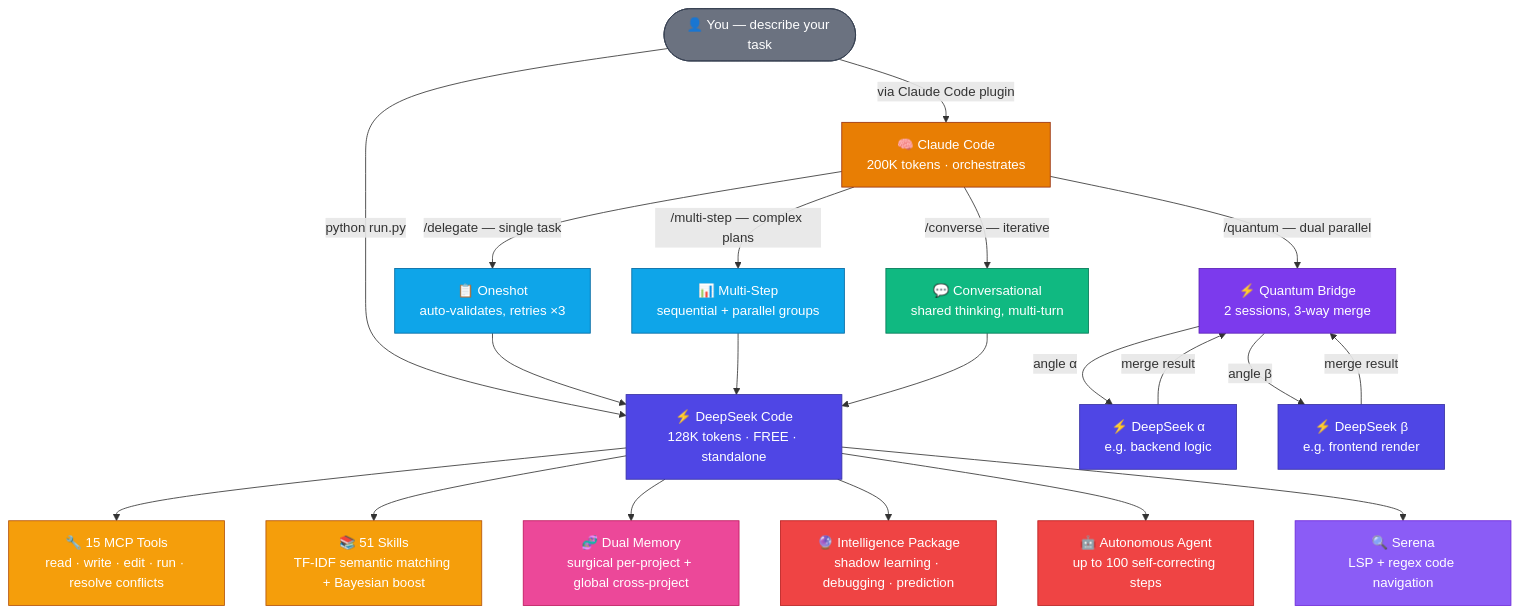
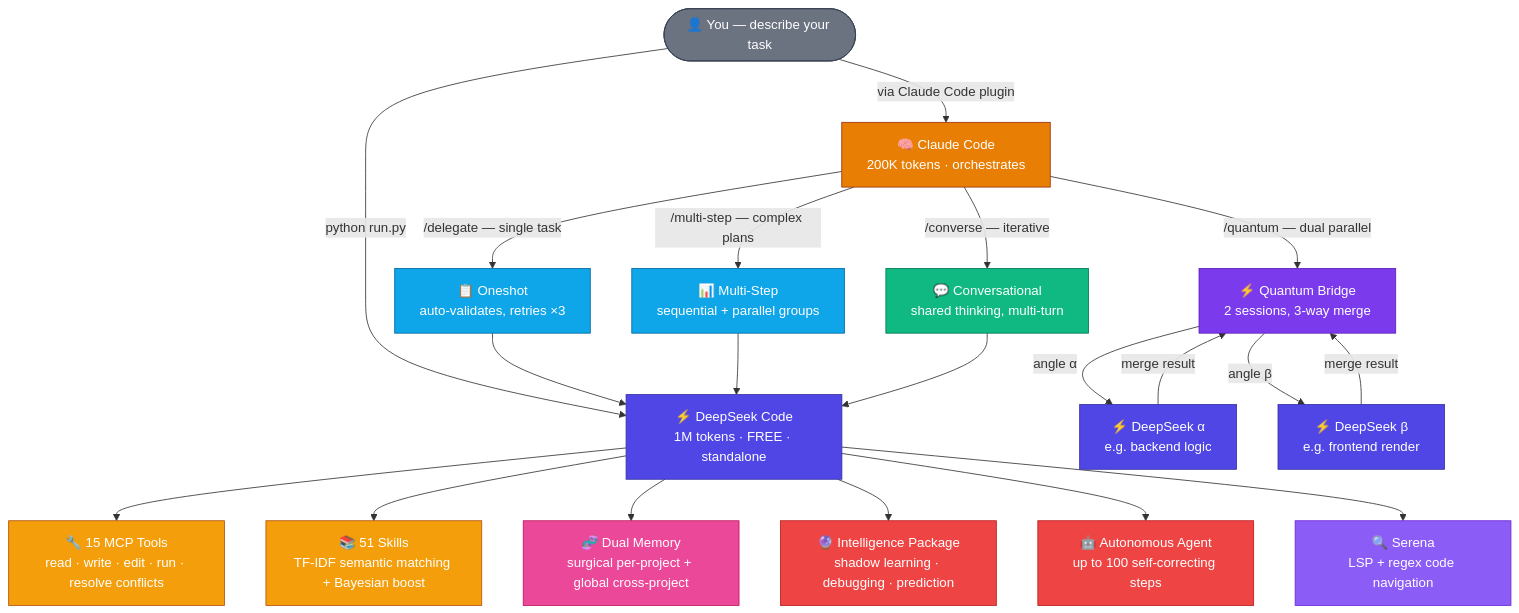
Before and after one commit to Galidar/DeepSeekCode: the second of 6 diagrams in README.md, drawn with Mermaid. The commit also changed other lines of this file and 5 other files, not shown here.

````diff
--- a/README.md
+++ b/README.md
@@ -138,43 +138,43 @@
 ```mermaid
 graph TB
     User(["👤 You — describe your task"])
 
-    User -->|"python run.py"| DS["⚡ DeepSeek Code<br/>128K tokens · FREE · standalone"]
+    User -->|"python run.py"| DS["⚡ DeepSeek Code<br/>1M tokens · FREE · standalone"]
     User -->|"via Claude Code plugin"| CC["🧠 Claude Code<br/>200K tokens · orchestrates"]
 
     CC -->|"/delegate — single task"| DEL["📋 Oneshot<br/>auto-validates, retries ×3"]
     CC -->|"/quantum — dual parallel"| QB["⚡ Quantum Bridge<br/>2 sessions, 3-way merge"]
     CC -->|"/multi-step — complex plans"| MS["📊 Multi-Step<br/>sequential + parallel groups"]
     CC -->|"/converse — iterative"| CV["💬 Conversational<br/>shared thinking, multi-turn"]
 
     DEL --> DS
     QB -->|"angle α"| DSA["⚡ DeepSeek α<br/>e.g. backend logic"]
     QB -->|"angle β"| DSB["⚡ DeepSeek β<br/>e.g. frontend render"]
     DSA -->|"merge result"| QB
     DSB -->|"merge result"| QB
     MS --> DS
     CV --> DS
 
     DS --> TOOLS["🔧 15 MCP Tools<br/>read · write · edit · run · resolve conflicts"]
     DS --> SKILLS["📚 51 Skills<br/>TF-IDF semantic matching + Bayesian boost"]
     DS --> MEM["🧬 Dual Memory<br/>surgical per-project + global cross-project"]
     DS --> INTEL["🔮 Intelligence Package<br/>shadow learning · debugging · prediction"]
     DS --> AGENT["🤖 Autonomous Agent<br/>up to 100 self-correcting steps"]
     DS --> SERENA["🔍 Serena<br/>LSP + regex code navigation"]
 
     style User fill:#6B7280,stroke:#374151,color:#fff
     style CC fill:#E87E04,stroke:#9A3412,color:#fff
     style DS fill:#4F46E5,stroke:#3730A3,color:#fff
     style DSA fill:#4F46E5,stroke:#3730A3,color:#fff
     style DSB fill:#4F46E5,stroke:#3730A3,color:#fff
     style DEL fill:#0EA5E9,stroke:#0369A1,color:#fff
     style QB fill:#7C3AED,stroke:#5B21B6,color:#fff
     style MS fill:#0EA5E9,stroke:#0369A1,color:#fff
     style CV fill:#10B981,stroke:#047857,color:#fff
     style TOOLS fill:#F59E0B,stroke:#B45309,color:#fff
     style SKILLS fill:#F59E0B,stroke:#B45309,color:#fff
     style MEM fill:#EC4899,stroke:#BE185D,color:#fff
     style INTEL fill:#EF4444,stroke:#B91C1C,color:#fff
     style AGENT fill:#EF4444,stroke:#B91C1C,color:#fff
     style SERENA fill:#8B5CF6,stroke:#6D28D9,color:#fff
 ```
````
